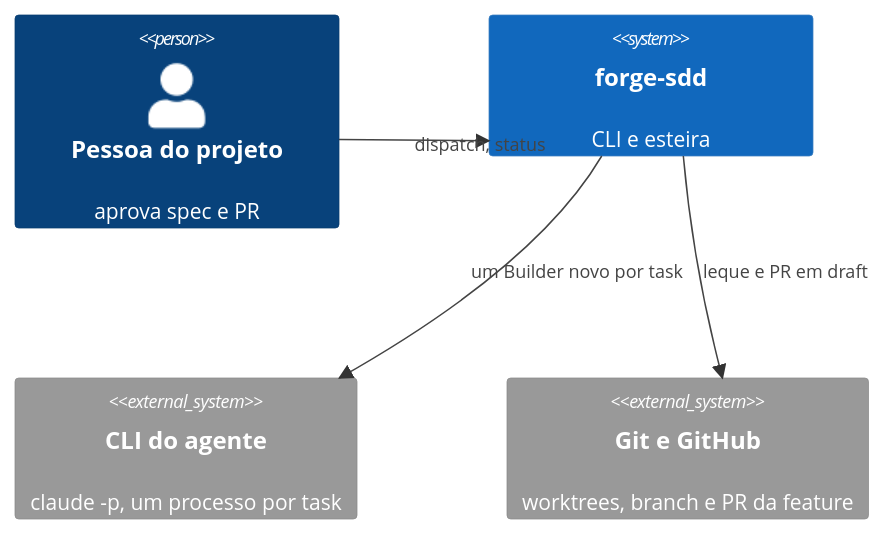
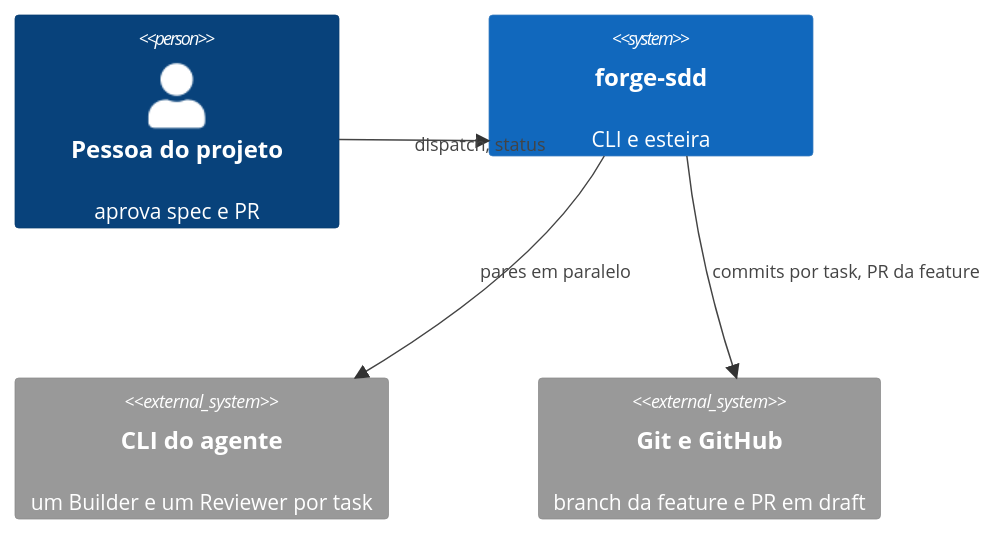
One commit to nathanramorim/forge-sdd changed the first of 3 diagrams in sdd/discovery/122-builder-por-task-e-esteira-adaptativa/criteria.md. Above: the diagram before and after it, drawn with Mermaid. The commit also changed other lines of this file and 3 other files, not shown here.

First line of the commit message:
docs(122): worktree efêmero, teto por disco e um Reviewer por Builder

````diff
--- a/sdd/discovery/122-builder-por-task-e-esteira-adaptativa/criteria.md
+++ b/sdd/discovery/122-builder-por-task-e-esteira-adaptativa/criteria.md
@@ -33,10 +36,10 @@
 ```mermaid
 C4Context
 Person(dono, "Pessoa do projeto", "aprova spec e PR")
 System(forge, "forge-sdd", "CLI e esteira")
-System_Ext(agente, "CLI do agente", "claude -p, um processo por task")
-System_Ext(git, "Git e GitHub", "worktrees, branch e PR da feature")
+System_Ext(agente, "CLI do agente", "um Builder e um Reviewer por task")
+System_Ext(git, "Git e GitHub", "branch da feature e PR em draft")
 Rel(dono, forge, "dispatch, status")
-Rel(forge, agente, "um Builder novo por task")
-Rel(forge, git, "leque e PR em draft")
+Rel(forge, agente, "pares em paralelo")
+Rel(forge, git, "commits por task, PR da feature")
 ```
````
